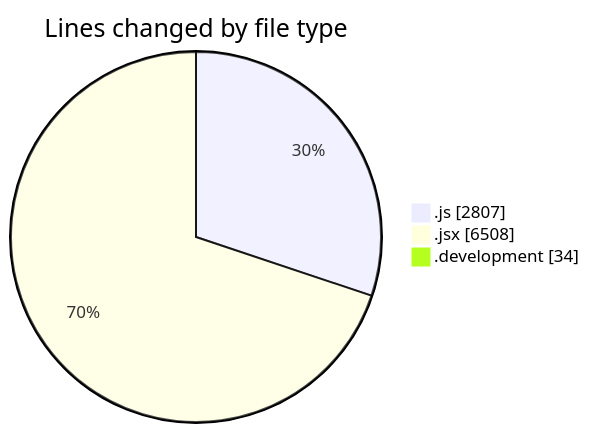
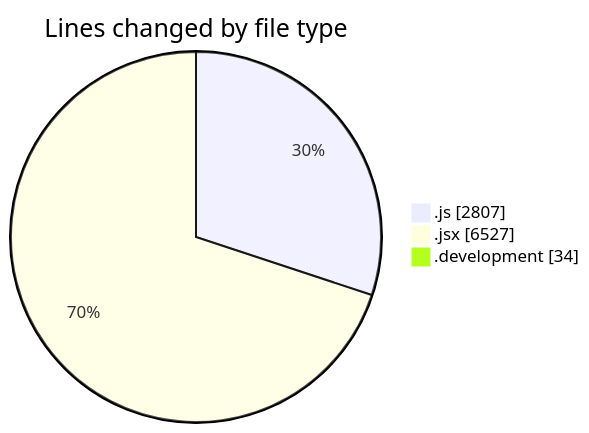
The first of 2 diagrams in 2025-09-18/nxtqube_webapp/README.md (nxtqubesakshisongat/code-tracking), drawn with Mermaid before and after one commit. The commit also changed other lines of this file and 1 other file, not shown here.

````diff
--- a/2025-09-18/nxtqube_webapp/README.md
+++ b/2025-09-18/nxtqube_webapp/README.md
@@ -42,7 +42,7 @@
 ```mermaid
 pie showData
 title Lines changed by file type
 ".js" : 2807
-".jsx" : 6508
+".jsx" : 6527
 ".development" : 34
 ```
````
